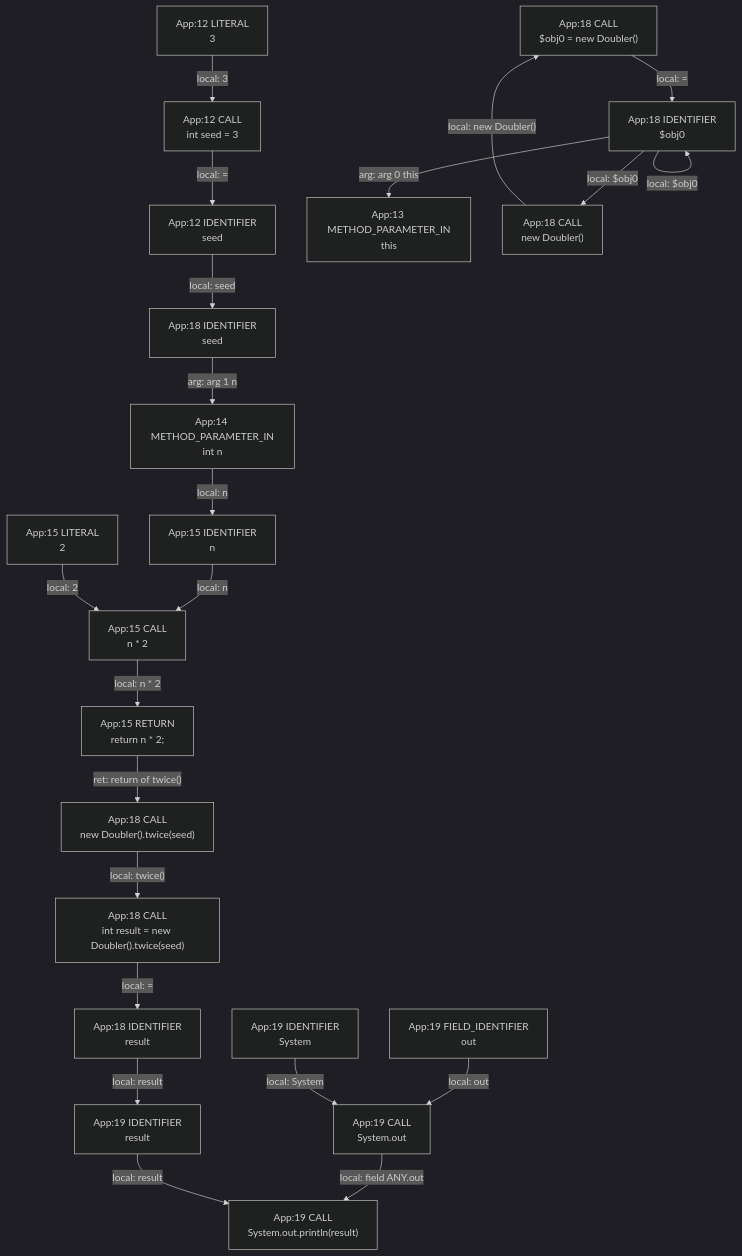
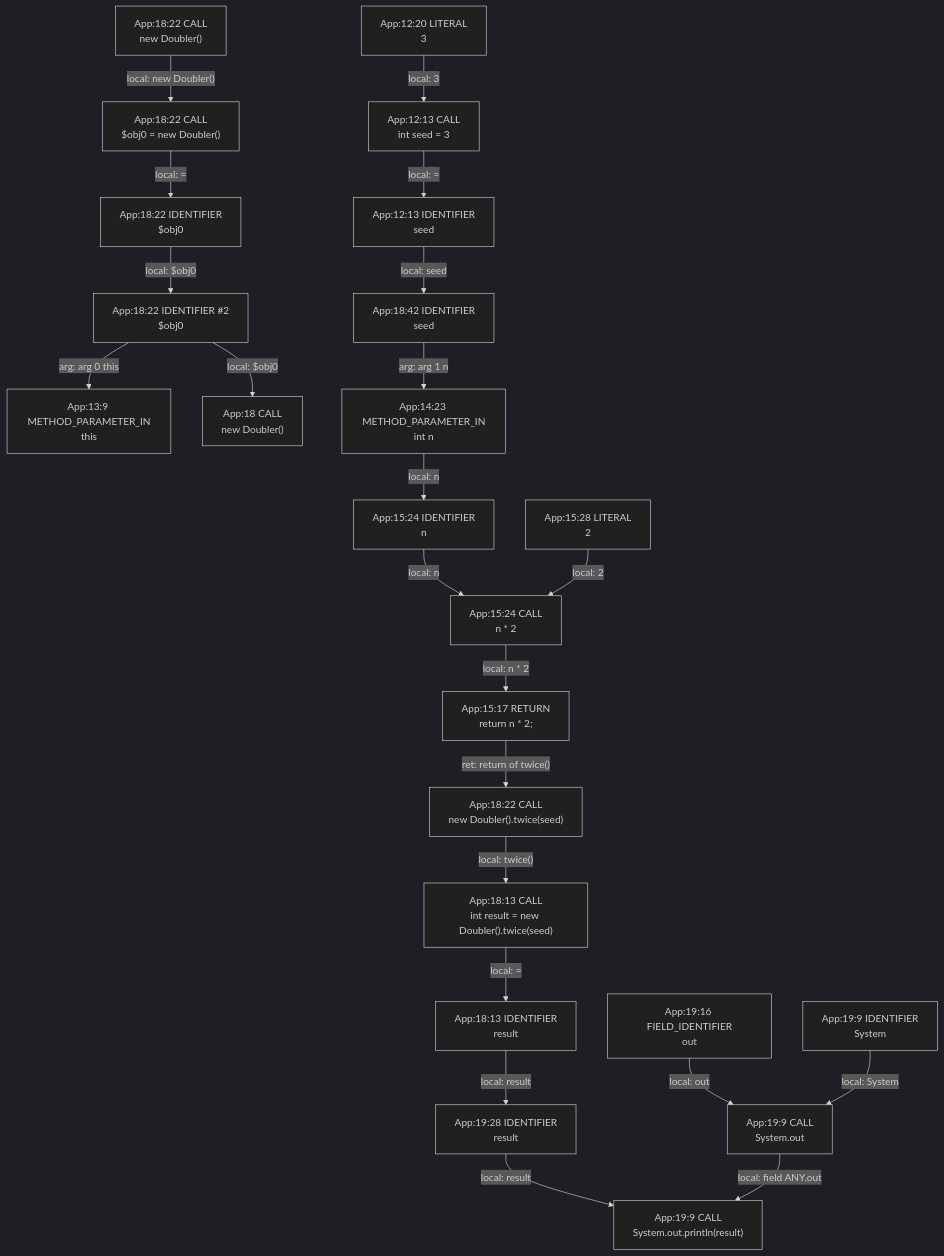
Before and after one commit to gstiebler/codeflow: the diagram in app/src/test/resources/localClass/spike-truth.md, drawn with Mermaid (dark theme). The commit also changed 154 other files, not shown here.

````diff
--- a/app/src/test/resources/localClass/spike-truth.md
+++ b/app/src/test/resources/localClass/spike-truth.md
@@ -3,45 +3,47 @@
 ```mermaid
 flowchart TD
-  n0["App:12 CALL<br/>int seed = 3"]
-  n1["App:12 IDENTIFIER<br/>seed"]
-  n2["App:12 LITERAL<br/>3"]
-  n3["App:13 METHOD_PARAMETER_IN<br/>this"]
-  n4["App:14 METHOD_PARAMETER_IN<br/>int n"]
-  n5["App:15 CALL<br/>n * 2"]
-  n6["App:15 IDENTIFIER<br/>n"]
-  n7["App:15 LITERAL<br/>2"]
-  n8["App:15 RETURN<br/>return n * 2;"]
-  n9["App:18 CALL<br/>$obj0 = new Doubler()"]
-  n10["App:18 CALL<br/>int result = new Doubler().twice(seed)"]
-  n11["App:18 CALL<br/>new Doubler()"]
-  n12["App:18 CALL<br/>new Doubler().twice(seed)"]
-  n13["App:18 IDENTIFIER<br/>$obj0"]
-  n14["App:18 IDENTIFIER<br/>result"]
-  n15["App:18 IDENTIFIER<br/>seed"]
-  n16["App:19 CALL<br/>System.out"]
-  n17["App:19 CALL<br/>System.out.println(result)"]
-  n18["App:19 FIELD_IDENTIFIER<br/>out"]
-  n19["App:19 IDENTIFIER<br/>System"]
-  n20["App:19 IDENTIFIER<br/>result"]
+  n0["App:12:13 CALL<br/>int seed = 3"]
+  n1["App:12:13 IDENTIFIER<br/>seed"]
+  n2["App:12:20 LITERAL<br/>3"]
+  n3["App:13:9 METHOD_PARAMETER_IN<br/>this"]
+  n4["App:14:23 METHOD_PARAMETER_IN<br/>int n"]
+  n5["App:15:17 RETURN<br/>return n * 2;"]
+  n6["App:15:24 CALL<br/>n * 2"]
+  n7["App:15:24 IDENTIFIER<br/>n"]
+  n8["App:15:28 LITERAL<br/>2"]
+  n9["App:18 CALL<br/>new Doubler()"]
+  n10["App:18:13 CALL<br/>int result = new Doubler().twice(seed)"]
+  n11["App:18:13 IDENTIFIER<br/>result"]
+  n12["App:18:22 CALL<br/>$obj0 = new Doubler()"]
+  n13["App:18:22 CALL<br/>new Doubler()"]
+  n14["App:18:22 CALL<br/>new Doubler().twice(seed)"]
+  n15["App:18:22 IDENTIFIER #2<br/>$obj0"]
+  n16["App:18:22 IDENTIFIER<br/>$obj0"]
+  n17["App:18:42 IDENTIFIER<br/>seed"]
+  n18["App:19:16 FIELD_IDENTIFIER<br/>out"]
+  n19["App:19:28 IDENTIFIER<br/>result"]
+  n20["App:19:9 CALL<br/>System.out"]
+  n21["App:19:9 CALL<br/>System.out.println(result)"]
+  n22["App:19:9 IDENTIFIER<br/>System"]
   n0 -->|"local: ="| n1
-  n1 -->|"local: seed"| n15
-  n10 -->|"local: ="| n14
-  n11 -->|"local: new Doubler()"| n9
-  n12 -->|"local: twice()"| n10
-  n13 -->|"arg: arg 0 this"| n3
-  n13 -->|"local: $obj0"| n11
-  n13 -->|"local: $obj0"| n13
-  n14 -->|"local: result"| n20
-  n15 -->|"arg: arg 1 n"| n4
-  n16 -->|"local: field ANY.out"| n17
-  n18 -->|"local: out"| n16
-  n19 -->|"local: System"| n16
+  n1 -->|"local: seed"| n17
+  n10 -->|"local: ="| n11
+  n11 -->|"local: result"| n19
+  n12 -->|"local: ="| n16
+  n13 -->|"local: new Doubler()"| n12
+  n14 -->|"local: twice()"| n10
+  n15 -->|"arg: arg 0 this"| n3
+  n15 -->|"local: $obj0"| n9
+  n16 -->|"local: $obj0"| n15
+  n17 -->|"arg: arg 1 n"| n4
+  n18 -->|"local: out"| n20
+  n19 -->|"local: result"| n21
   n2 -->|"local: 3"| n0
-  n20 -->|"local: result"| n17
-  n4 -->|"local: n"| n6
-  n5 -->|"local: n * 2"| n8
-  n6 -->|"local: n"| n5
-  n7 -->|"local: 2"| n5
-  n8 -->|"ret: return of twice()"| n12
-  n9 -->|"local: ="| n13
+  n20 -->|"local: field ANY.out"| n21
+  n22 -->|"local: System"| n20
+  n4 -->|"local: n"| n7
+  n5 -->|"ret: return of twice()"| n14
+  n6 -->|"local: n * 2"| n5
+  n7 -->|"local: n"| n6
+  n8 -->|"local: 2"| n6
 ```
````
